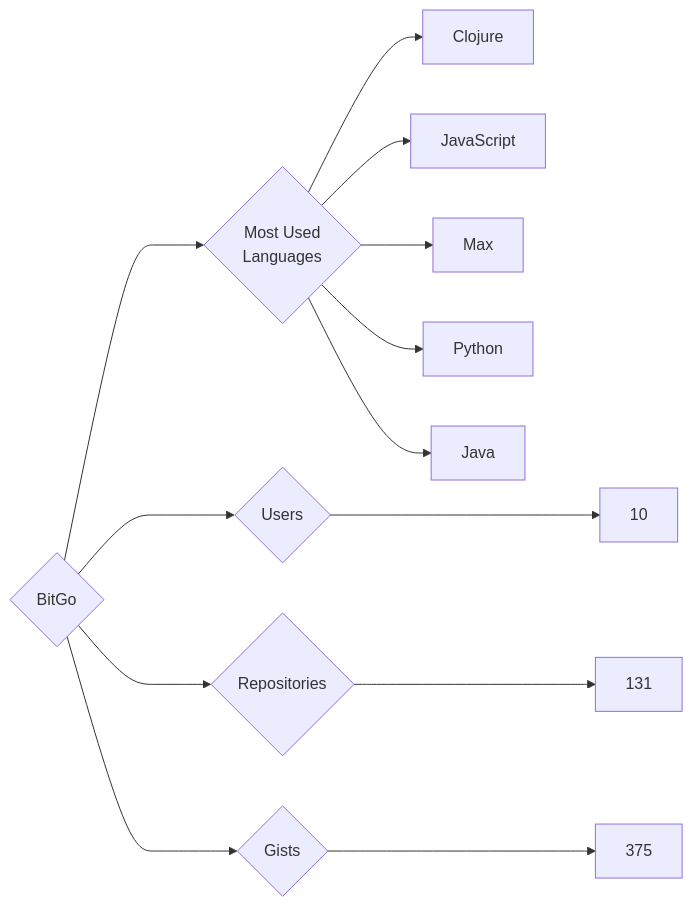
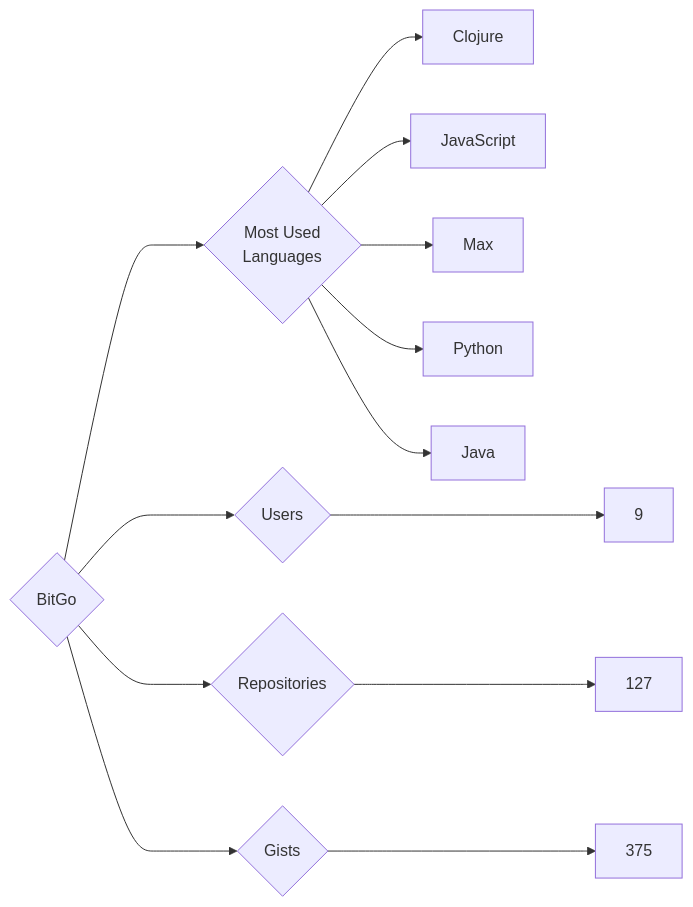
The diagram in targets/BitGo/README.md (trickest/insiders), drawn with Mermaid before and after one commit. The commit also changed 1055 other files, not shown here.

````diff
--- a/targets/BitGo/README.md
+++ b/targets/BitGo/README.md
@@ -3,13 +3,13 @@
 ```mermaid
 graph LR
 COMPANY_NAME{BitGo}
-COMPANY_NAME ---> U{Users} ---> UN[10]
-COMPANY_NAME ---> R{Repositories} ---> RN[131]
+COMPANY_NAME ---> U{Users} ---> UN[9]
+COMPANY_NAME ---> R{Repositories} ---> RN[127]
 COMPANY_NAME ---> G{Gists} ---> GN[375]
 COMPANY_NAME ---> ML{Most Used<br>Languages}
 ML --> Clojure[Clojure]
 ML --> JavaScript[JavaScript]
 ML --> Max[Max]
 ML --> Python[Python]
 ML --> Java[Java]
 ```
````
